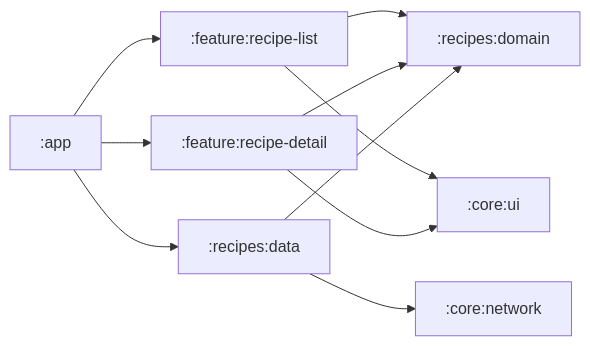
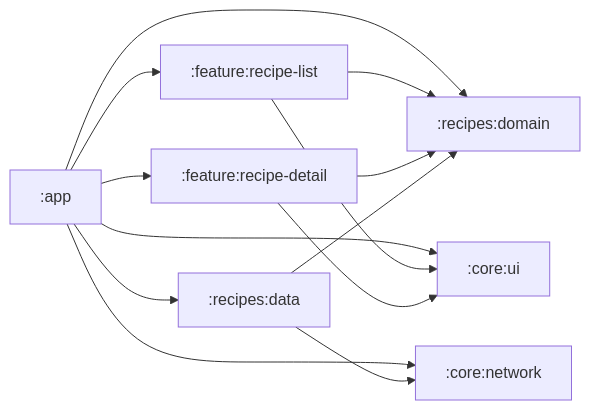
The second of 3 diagrams in README.md (railsonrsa/recipes-android), drawn with Mermaid before and after one commit. The commit also changed other lines of this file and 1 other file, not shown here.

````diff
--- a/README.md
+++ b/README.md
@@ -80,12 +80,15 @@
 ```mermaid
 flowchart LR
   app[":app"] --> list[":feature:recipe-list"]
   app --> detail[":feature:recipe-detail"]
   app --> data[":recipes:data"]
+  app --> domain
+  app --> ui
+  app --> net
   list --> domain[":recipes:domain"]
   detail --> domain
   list --> ui[":core:ui"]
   detail --> ui
   data --> domain
   data --> net[":core:network"]
 ```
````
